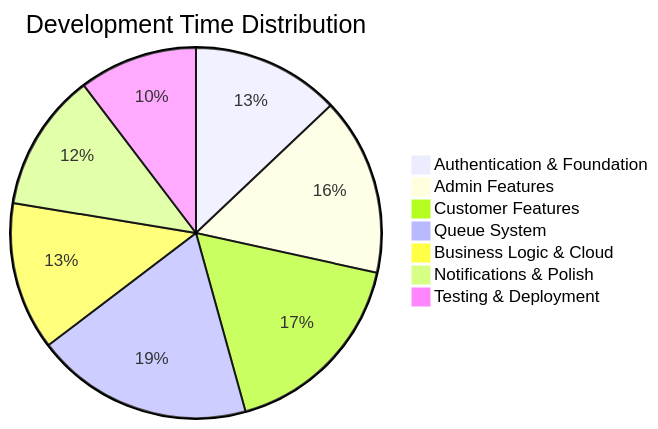
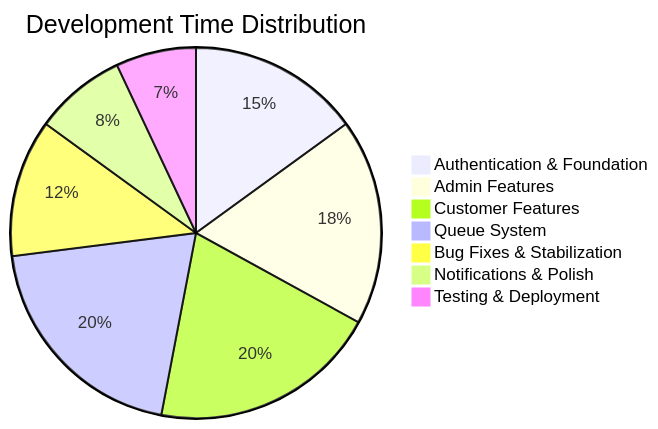
One commit to Clark605/queue_ease changed the second of 2 diagrams in docs/PROJECT_TIMELINE.md. Above: the diagram before and after it, drawn with Mermaid. The commit also changed other lines of this file and 4 other files, not shown here.

First line of the commit message:
docs(timeline): update project timeline and status for Sprint 6A

````diff
--- a/docs/PROJECT_TIMELINE.md
+++ b/docs/PROJECT_TIMELINE.md
@@ -468,10 +185,10 @@
 ```mermaid
 pie title Development Time Distribution
     "Authentication & Foundation" : 15
     "Admin Features" : 18
     "Customer Features" : 20
-    "Queue System" : 22
-    "Business Logic & Cloud" : 15
-    "Notifications & Polish" : 14
-    "Testing & Deployment" : 12
+    "Queue System" : 20
+    "Bug Fixes & Stabilization" : 12
+    "Notifications & Polish" : 8
+    "Testing & Deployment" : 7
 ```
````
